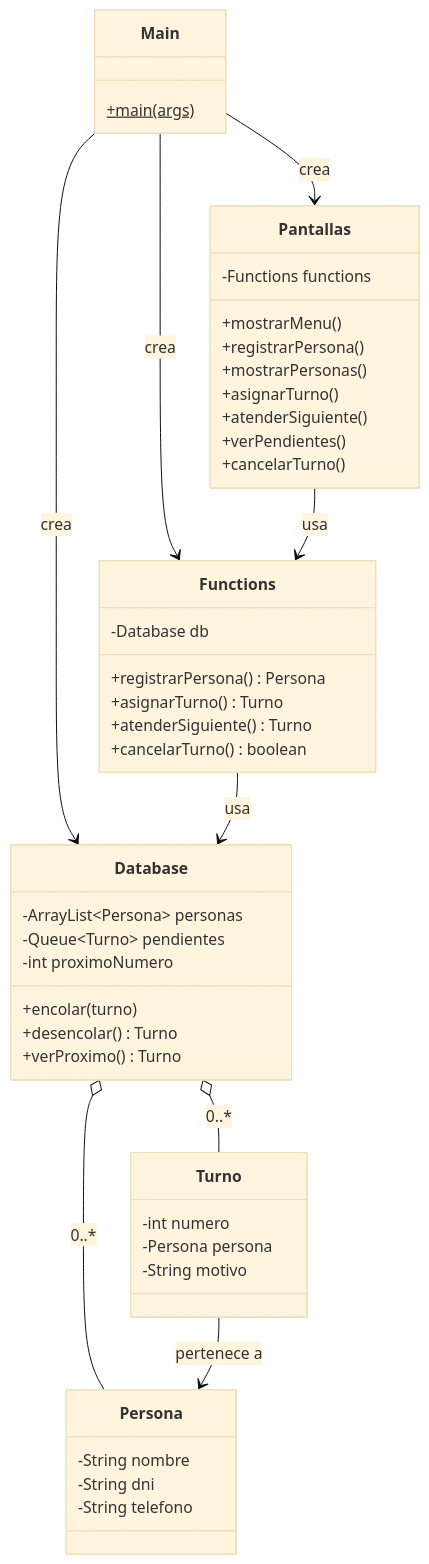
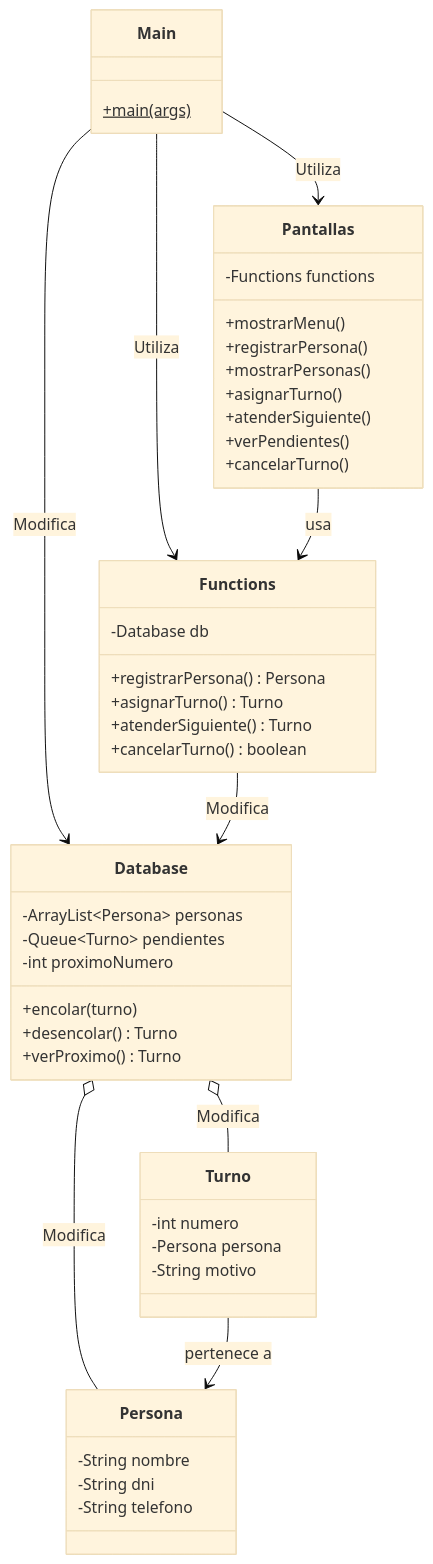
One commit to Facumacanudo/programacion6to2da changed the diagram in Sistema De Turnos/README.md. Above: the diagram before and after it, drawn with Mermaid (base theme).

Commit message:
Modify relationships and actions in README.md
Updated the relationships and actions in the system diagram.

````diff
--- a/Sistema De Turnos/README.md
+++ b/Sistema De Turnos/README.md
@@ -112,50 +112,50 @@
 ```mermaid
 classDiagram
     class Main {
         +main(args)$
     }
     class Pantallas {
         -Functions functions
         +mostrarMenu()
         +registrarPersona()
         +mostrarPersonas()
         +asignarTurno()
         +atenderSiguiente()
         +verPendientes()
         +cancelarTurno()
     }
     class Functions {
         -Database db
         +registrarPersona() Persona
         +asignarTurno() Turno
         +atenderSiguiente() Turno
         +cancelarTurno() boolean
     }
     class Database {
         -ArrayList~Persona~ personas
         -Queue~Turno~ pendientes
         -int proximoNumero
         +encolar(turno)
         +desencolar() Turno
         +verProximo() Turno
     }
     class Persona {
         -String nombre
         -String dni
         -String telefono
     }
     class Turno {
         -int numero
         -Persona persona
         -String motivo
     }
 
-    Main --> Database : crea
-    Main --> Functions : crea
-    Main --> Pantallas : crea
+    Main --> Database : Modifica
+    Main --> Functions : Utiliza
+    Main --> Pantallas : Utiliza
     Pantallas --> Functions : usa
-    Functions --> Database : usa
-    Database o-- Persona : 0..*
-    Database o-- Turno : 0..*
+    Functions --> Database : Modifica
+    Database o-- Persona : Modifica
+    Database o-- Turno : Modifica
     Turno --> Persona : pertenece a
 ```
````
